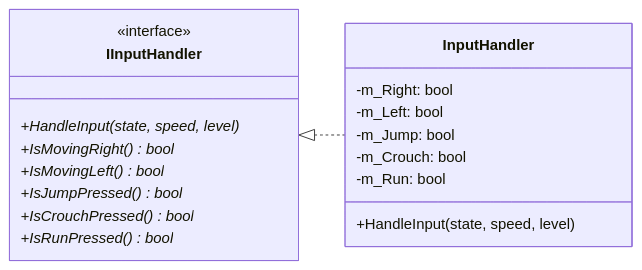
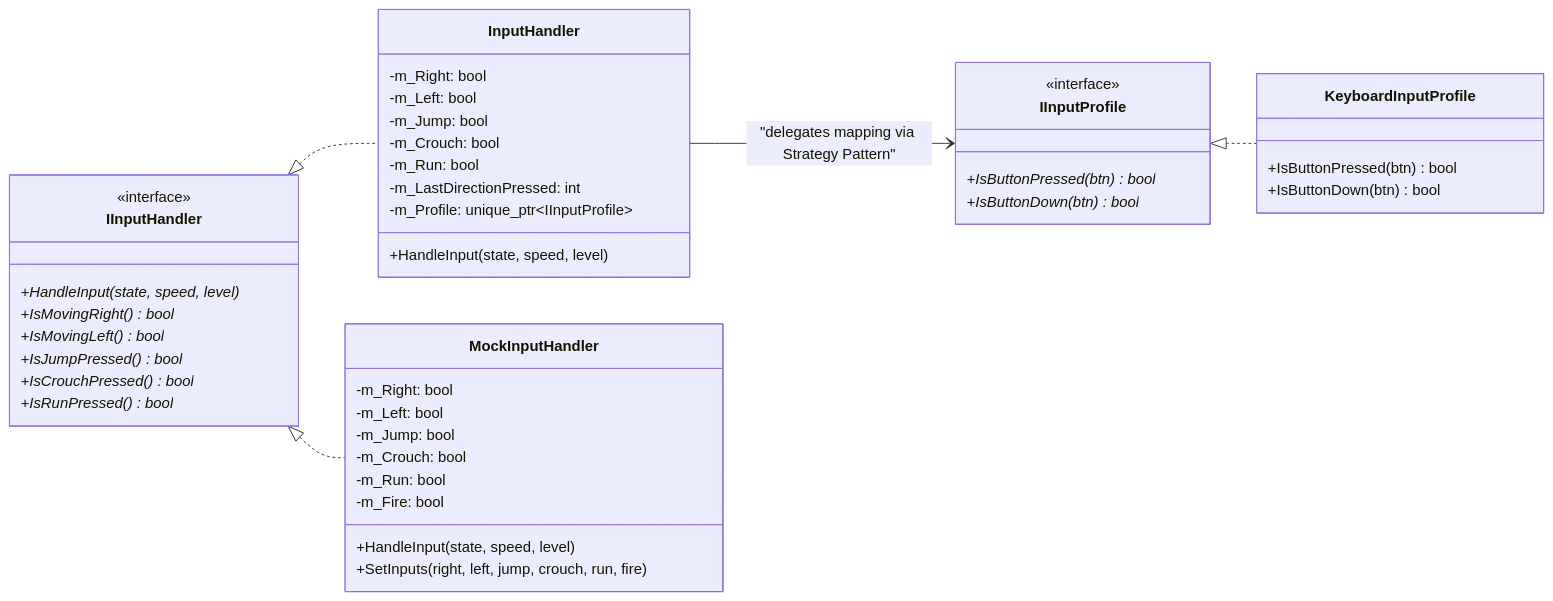
One commit to Andy87877/NTUT_OOPL_mario changed diagram 11 of 23 in Constructure.md. Above: the diagram before and after it, drawn with Mermaid. The commit also changed other lines of this file and 61 other files, not shown here.

````diff
--- a/Constructure.md
+++ b/Constructure.md
@@ -801,25 +803,52 @@
 ```mermaid
 classDiagram
     direction LR
 
     class IInputHandler {
         <<interface>>
         +HandleInput(state, speed, level)*
         +IsMovingRight() bool*
         +IsMovingLeft() bool*
         +IsJumpPressed() bool*
         +IsCrouchPressed() bool*
         +IsRunPressed() bool*
     }
 
     class InputHandler {
         -m_Right: bool
         -m_Left: bool
         -m_Jump: bool
         -m_Crouch: bool
         -m_Run: bool
+        -m_LastDirectionPressed: int
+        -m_Profile: unique_ptr~IInputProfile~
         +HandleInput(state, speed, level)
     }
 
+    class MockInputHandler {
+        -m_Right: bool
+        -m_Left: bool
+        -m_Jump: bool
+        -m_Crouch: bool
+        -m_Run: bool
+        -m_Fire: bool
+        +HandleInput(state, speed, level)
+        +SetInputs(right, left, jump, crouch, run, fire)
+    }
+
+    class IInputProfile {
+        <<interface>>
+        +IsButtonPressed(btn) bool*
+        +IsButtonDown(btn) bool*
+    }
+
+    class KeyboardInputProfile {
+        +IsButtonPressed(btn) bool
+        +IsButtonDown(btn) bool
+    }
+
     IInputHandler <|.. InputHandler
+    IInputHandler <|.. MockInputHandler
+    InputHandler --> IInputProfile : "delegates mapping via Strategy Pattern"
+    IInputProfile <|.. KeyboardInputProfile
 ```
````
